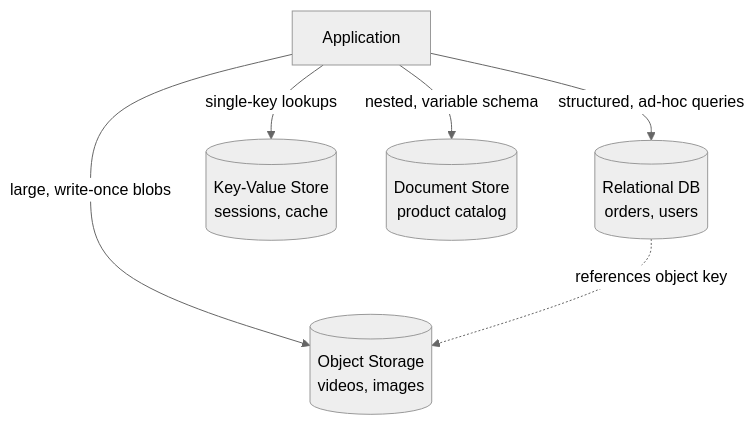
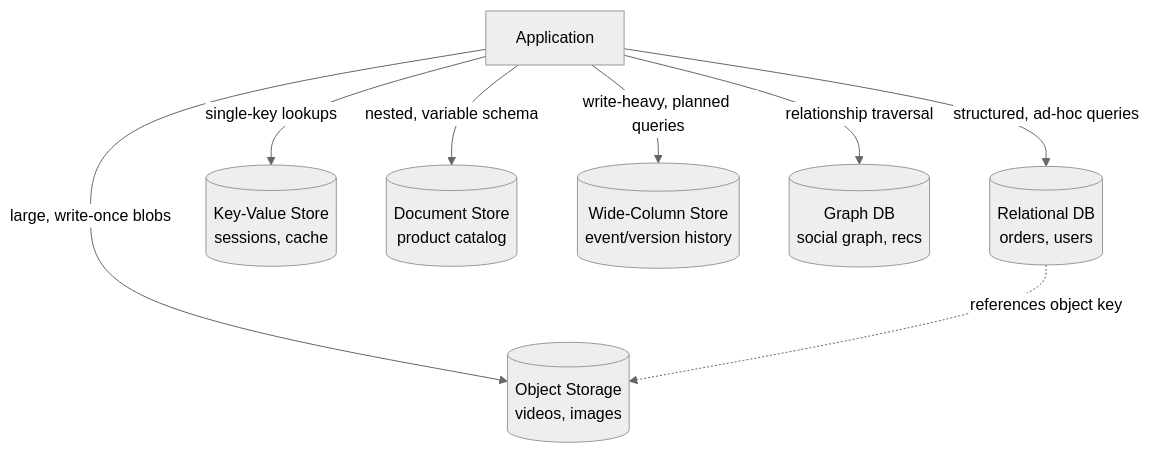
The diagram in backend/src/seed/data/system-design-concepts/content/polyglot-persistence.md (alexcastrodev/my-university), drawn with Mermaid (neutral theme) before and after one commit. The commit also changed other lines of this file and 1 other file, not shown here.

````diff
--- a/backend/src/seed/data/system-design-concepts/content/polyglot-persistence.md
+++ b/backend/src/seed/data/system-design-concepts/content/polyglot-persistence.md
@@ -91,9 +124,11 @@
 ```mermaid
 flowchart TD
     App[Application]
     App -->|structured, ad-hoc queries| SQL[("Relational DB<br/>orders, users")]
     App -->|large, write-once blobs| Obj[("Object Storage<br/>videos, images")]
     App -->|single-key lookups| KV[("Key-Value Store<br/>sessions, cache")]
     App -->|nested, variable schema| Doc[("Document Store<br/>product catalog")]
+    App -->|write-heavy, planned queries| Col[("Wide-Column Store<br/>event/version history")]
+    App -->|relationship traversal| Graph[("Graph DB<br/>social graph, recs")]
     SQL -.->|references object key| Obj
 ```
````
